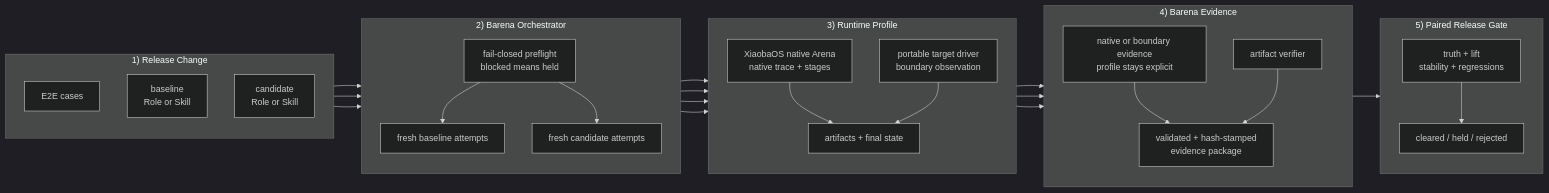
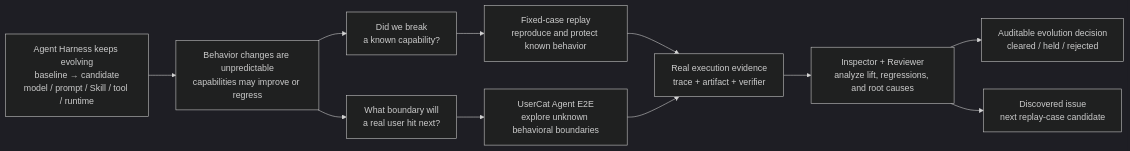
The first of 3 diagrams in docs/SPEC.md (fightheyyy/barena), drawn with Mermaid (dark theme) before and after one commit. The commit also changed other lines of this file and 18 other files, not shown here.

Commit message:
Add XiaobaOS SkillsBench validation flow

````diff
--- a/docs/SPEC.md
+++ b/docs/SPEC.md
@@ -60,55 +60,24 @@
 ```mermaid
 flowchart LR
-    subgraph Input["1) Release Change"]
-        direction TB
-        Cases["E2E cases"]
-        Baseline["baseline<br/>Role or Skill"]
-        Candidate["candidate<br/>Role or Skill"]
-    end
+    Change["Agent Harness keeps evolving<br/>baseline → candidate<br/>model / prompt / Skill / tool / runtime"]
+    Risk["Behavior changes are unpredictable<br/>capabilities may improve or regress"]
+    Known["Did we break<br/>a known capability?"]
+    Unknown["What boundary will<br/>a real user hit next?"]
+    Replay["Fixed-case replay<br/>reproduce and protect known behavior"]
+    E2E["UserCat Agent E2E<br/>explore unknown behavioral boundaries"]
+    Evidence["Real execution evidence<br/>trace + artifact + verifier"]
+    Review["Inspector + Reviewer<br/>analyze lift, regressions, and root causes"]
+    Decision["Auditable evolution decision<br/>cleared / held / rejected"]
+    NewCase["Discovered issue<br/>next replay-case candidate"]
 
-    subgraph Orchestrator["2) Barena Orchestrator"]
-        direction TB
-        Preflight["fail-closed preflight<br/>blocked means held"]
-        BaseRuns["fresh baseline attempts"]
-        CandidateRuns["fresh candidate attempts"]
-        Preflight --> BaseRuns
-        Preflight --> CandidateRuns
-    end
-
-    subgraph Runtime["3) Runtime Profile"]
-        direction TB
-        Native["XiaobaOS native Arena<br/>native trace + stages"]
-        Portable["portable target driver<br/>boundary observation"]
-        Artifacts["artifacts + final state"]
-        Native --> Artifacts
-        Portable --> Artifacts
-    end
-
-    subgraph Evidence["4) Barena Evidence"]
-        direction TB
-        RuntimeEvidence["native or boundary evidence<br/>profile stays explicit"]
-        Verifier["artifact verifier"]
-        Package["validated + hash-stamped<br/>evidence package"]
-        RuntimeEvidence --> Package
-        Verifier --> Package
-    end
-
-    subgraph Gate["5) Paired Release Gate"]
-        direction TB
-        Aggregate["truth + lift<br/>stability + regressions"]
-        Decision["cleared / held / rejected"]
-        Aggregate --> Decision
-    end
-
-    Cases --> Preflight
-    Baseline --> BaseRuns
-    Candidate --> CandidateRuns
-    BaseRuns --> Native
-    CandidateRuns --> Native
-    BaseRuns --> Portable
-    CandidateRuns --> Portable
-    Native --> RuntimeEvidence
-    Portable --> RuntimeEvidence
-    Artifacts --> Verifier
-    Package --> Aggregate
+    Change --> Risk
+    Risk --> Known
+    Risk --> Unknown
+    Known --> Replay
+    Unknown --> E2E
+    Replay --> Evidence
+    E2E --> Evidence
+    Evidence --> Review
+    Review --> Decision
+    Review --> NewCase
 ```
````
